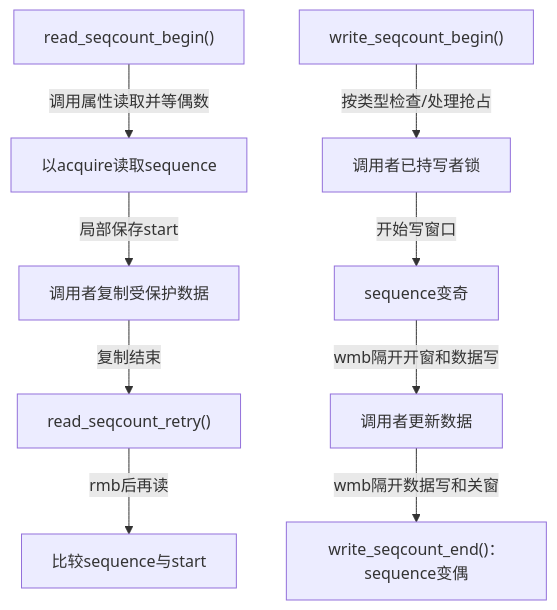
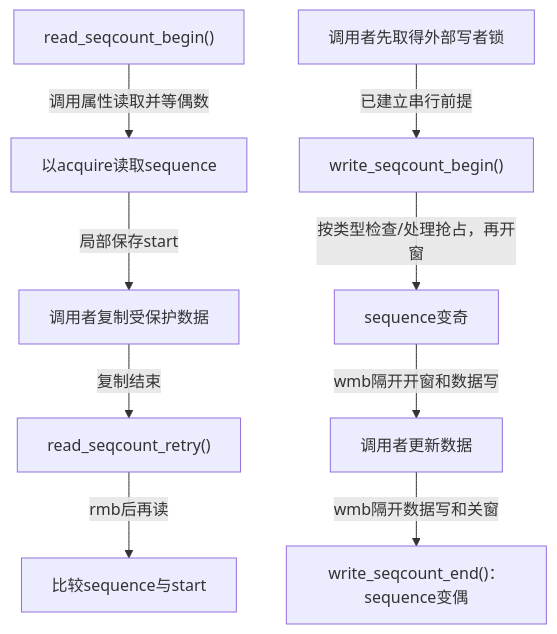
The first of 3 diagrams in knowledge/linux/synchronization_and_asynchrony/synchronization/sequence_counters/P03_seqcount读写路径与内存顺序.md (FormingSystem/linux_note), drawn with Mermaid before and after one commit. The commit also changed other lines of this file and 11 other files, not shown here.

````diff
--- a/knowledge/linux/synchronization_and_asynchrony/synchronization/sequence_counters/P03_seqcount读写路径与内存顺序.md
+++ b/knowledge/linux/synchronization_and_asynchrony/synchronization/sequence_counters/P03_seqcount读写路径与内存顺序.md
@@ -20,11 +20,11 @@
 ```mermaid
 flowchart TD
     R1["read_seqcount_begin()"] -->|调用属性读取并等偶数| R2["以acquire读取sequence"]
     R2 -->|局部保存start| D["调用者复制受保护数据"]
     D -->|复制结束| R3["read_seqcount_retry()"]
     R3 -->|rmb后再读| R4["比较sequence与start"]
-    W1["write_seqcount_begin()"] -->|按类型检查/处理抢占| W2["调用者已持写者锁"]
-    W2 -->|开始写窗口| W3["sequence变奇"]
+    W0["调用者先取得外部写者锁"] -->|已建立串行前提| W1["write_seqcount_begin()"]
+    W1 -->|按类型检查/处理抢占，再开窗| W3["sequence变奇"]
     W3 -->|wmb隔开开窗和数据写| WD["调用者更新数据"]
     WD -->|wmb隔开数据写和关窗| W4["write_seqcount_end()：sequence变偶"]
 ```
````
